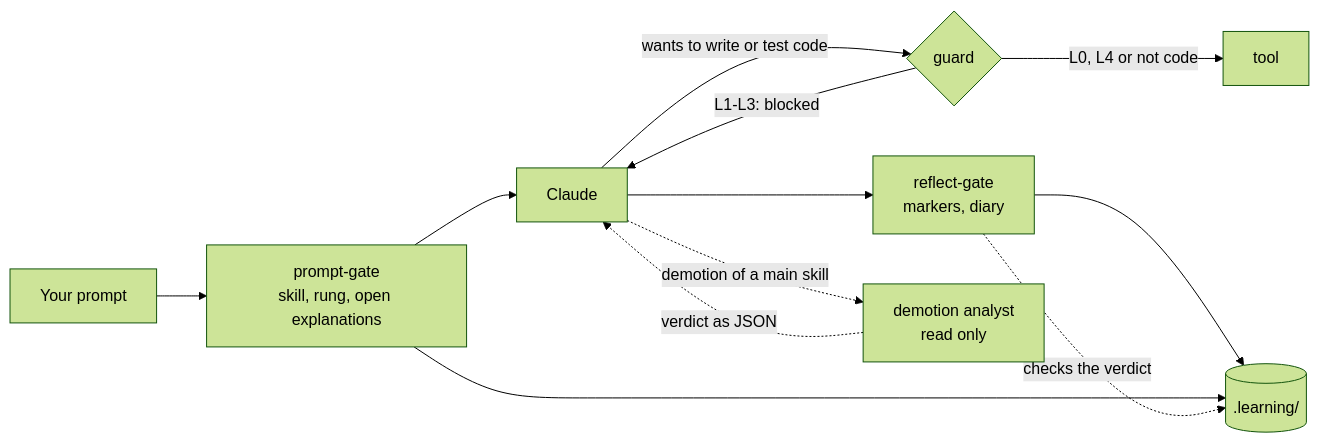
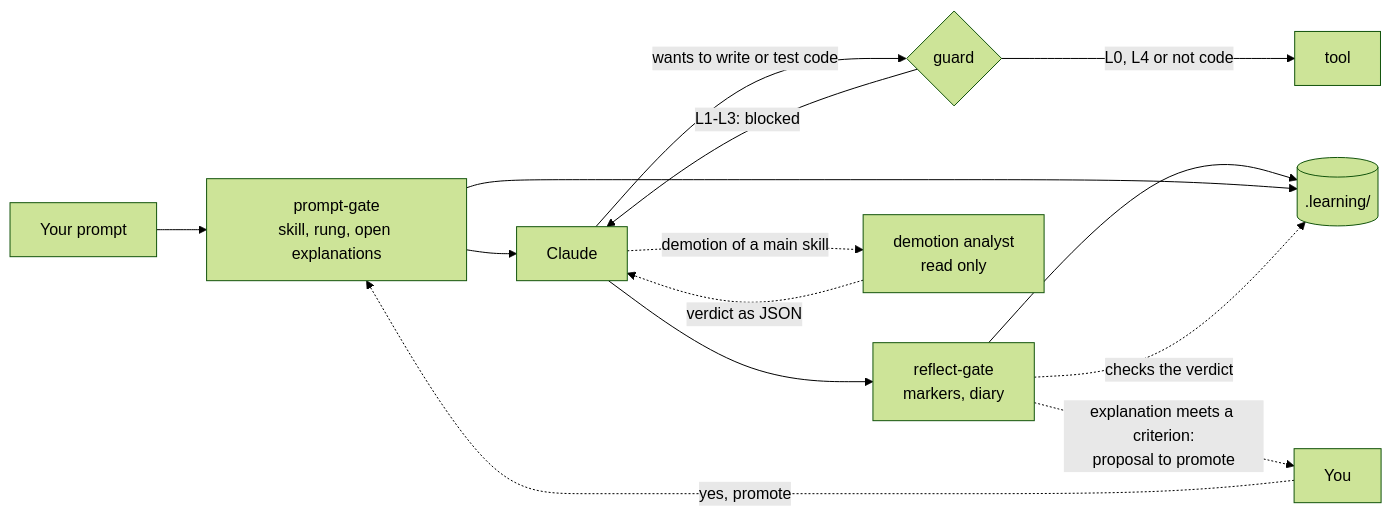
One commit to piethanegraaf/piethanegraaf.github.io changed the diagram in docs/en/how-it-works.md. Above: the diagram before and after it, drawn with Mermaid (forest theme). The commit also changed other lines of this file and 30 other files, not shown here.

````diff
--- a/docs/en/how-it-works.md
+++ b/docs/en/how-it-works.md
@@ -5,14 +5,16 @@
 ```mermaid
 flowchart LR
   P[Your prompt] --> G1[prompt-gate<br/>skill, rung, open explanations]
   G1 --> C[Claude]
   C -->|wants to write or test code| G2{guard}
   G2 -->|L1-L3: blocked| C
   G2 -->|L0, L4 or not code| T[tool]
   C --> S[reflect-gate<br/>markers, diary]
   S --> R[(.learning/)]
   G1 --> R
   C -.->|demotion of a main skill| A[demotion analyst<br/>read only]
   A -.->|verdict as JSON| C
   S -.->|checks the verdict| R
+  S -.->|explanation meets a criterion:<br/>proposal to promote| Y[You]
+  Y -.->|yes, promote| G1
 ```
````
